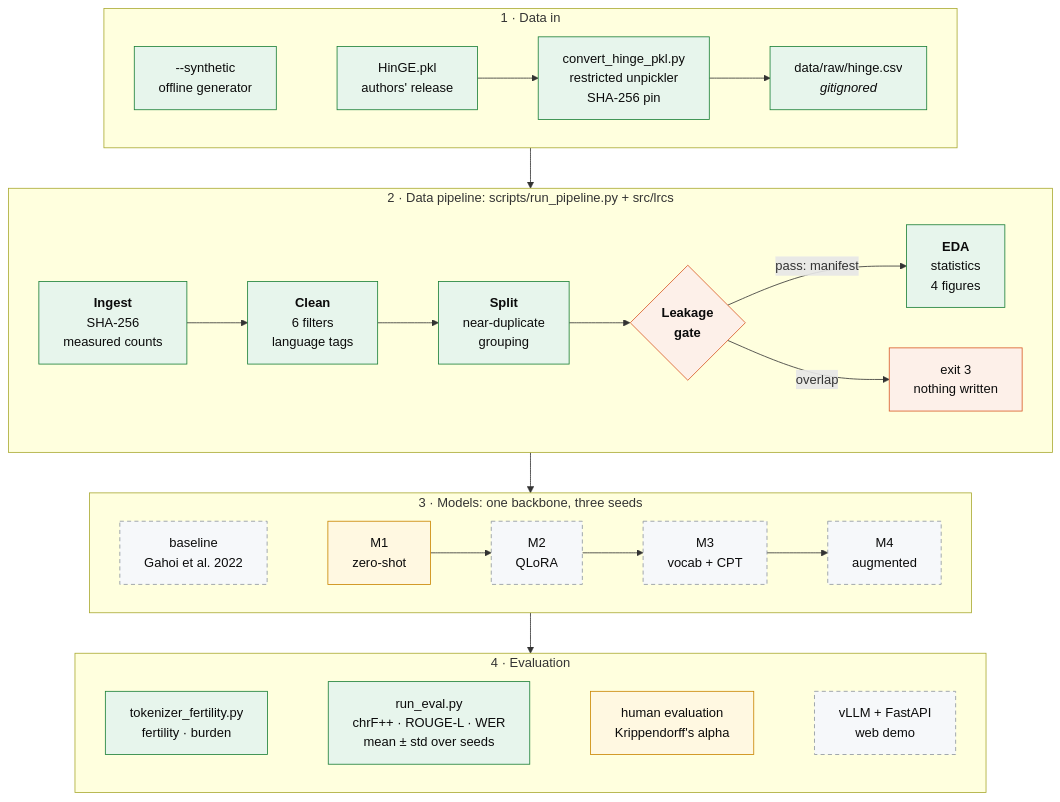
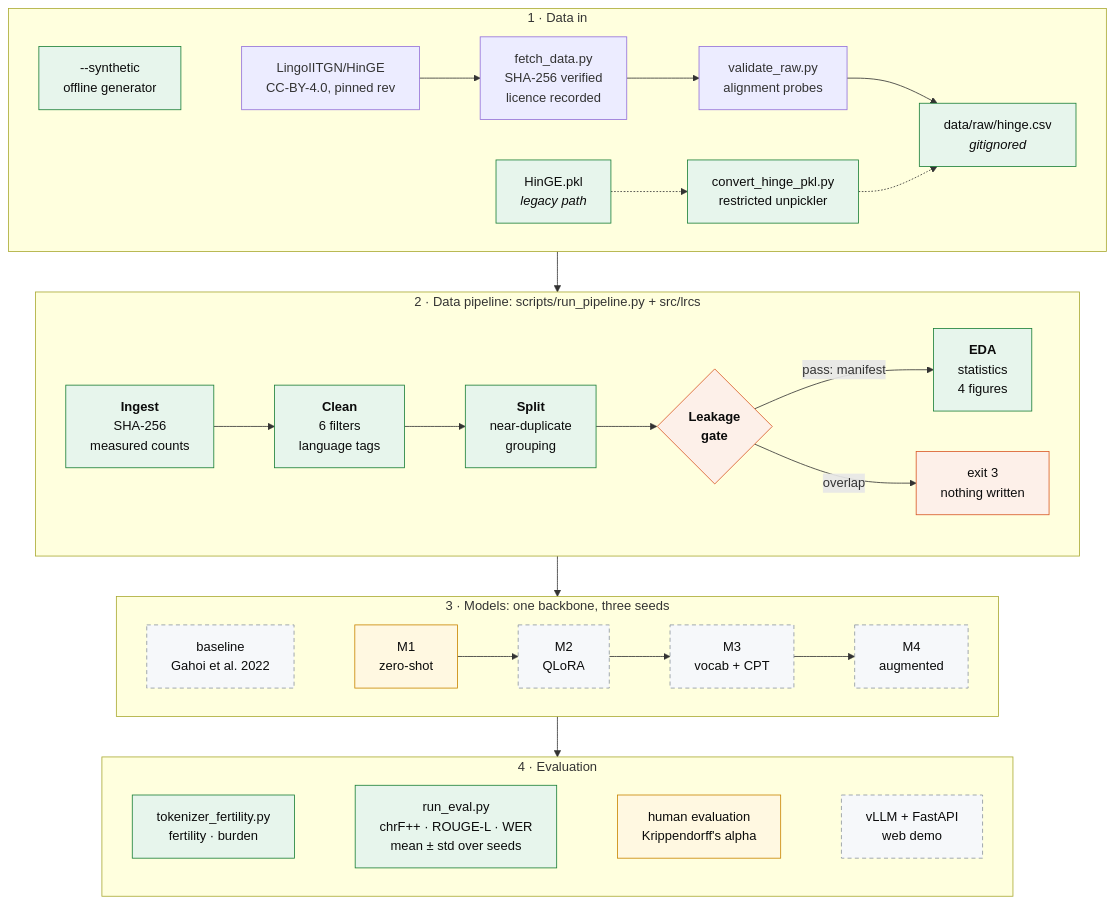
The second of 3 diagrams in README.md (298A-Team-2-Topic-23/Low-Resource-and-Code-Switched-Language-Systems), drawn with Mermaid before and after one commit. The commit also changed other lines of this file, not shown here.

````diff
--- a/README.md
+++ b/README.md
@@ -128,36 +128,37 @@
 ```mermaid
 flowchart TB
     subgraph D["1 · Data in"]
         direction LR
-        PKL["HinGE.pkl<br/>authors' release"] --> CONV["convert_hinge_pkl.py<br/>restricted unpickler<br/>SHA-256 pin"] --> CSV["data/raw/hinge.csv<br/><i>gitignored</i>"]
-        SYN["--synthetic<br/>offline generator"] ~~~ PKL
+        HF["LingoIITGN/HinGE<br/>CC-BY-4.0, pinned rev"] --> FETCH["fetch_data.py<br/>SHA-256 verified<br/>licence recorded"] --> VAL["validate_raw.py<br/>alignment probes"] --> CSV["data/raw/hinge.csv<br/><i>gitignored</i>"]
+        PKL["HinGE.pkl<br/><i>legacy path</i>"] -.-> CONV["convert_hinge_pkl.py<br/>restricted unpickler"] -.-> CSV
+        SYN["--synthetic<br/>offline generator"] ~~~ HF
     end
     subgraph P["2 · Data pipeline: scripts/run_pipeline.py + src/lrcs"]
         direction LR
         S1["<b>Ingest</b><br/>SHA-256<br/>measured counts"] --> S2["<b>Clean</b><br/>6 filters<br/>language tags"] --> S3["<b>Split</b><br/>near-duplicate<br/>grouping"] --> GATE{"<b>Leakage</b><br/><b>gate</b>"}
         GATE -- "pass: manifest" --> S4["<b>EDA</b><br/>statistics<br/>4 figures"]
         GATE -- "overlap" --> HALT["exit 3<br/>nothing written"]
     end
     subgraph M["3 · Models: one backbone, three seeds"]
         direction LR
         M1["M1<br/>zero-shot"] --> M2["M2<br/>QLoRA"] --> M3["M3<br/>vocab + CPT"] --> M4["M4<br/>augmented"]
         BASE["baseline<br/>Gahoi et al. 2022"] ~~~ M1
     end
     subgraph E["4 · Evaluation"]
         direction LR
         FE["tokenizer_fertility.py<br/>fertility · burden"]
         EV["run_eval.py<br/>chrF++ · ROUGE-L · WER<br/>mean ± std over seeds"]
         HU["human evaluation<br/>Krippendorff's alpha"]
         SERVE["vLLM + FastAPI<br/>web demo"]
         FE ~~~ EV ~~~ HU ~~~ SERVE
     end
     D --> P --> M --> E
     classDef built fill:#e7f5ec,stroke:#1a7f37,color:#0b0b0b
     classDef partial fill:#fff8e1,stroke:#c98500,color:#0b0b0b
     classDef planned fill:#f6f8fa,stroke:#8c959f,color:#0b0b0b,stroke-dasharray:5 4
     classDef gate fill:#fdf0e9,stroke:#d95926,color:#0b0b0b
     class PKL,CONV,CSV,SYN,S1,S2,S3,S4,FE,EV built
     class GATE,HALT gate
     class M1,HU partial
     class M2,M3,M4,BASE,SERVE planned
 ```
````
